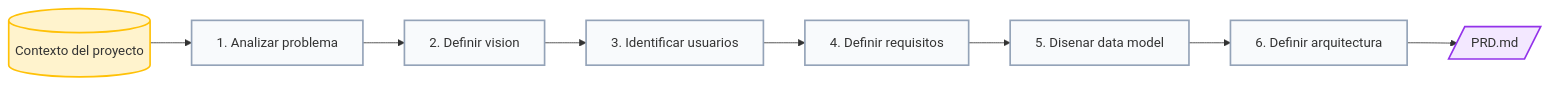
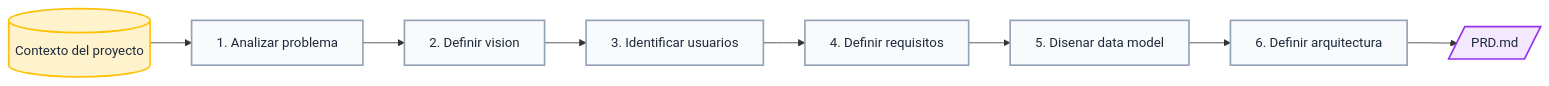
One commit to syntaxiscorp/syntaxis-ai-specs changed the fourth of 12 diagrams in Information/spec-driven-workflow.md. Above: the diagram before and after it, drawn with Mermaid. The commit also changed other lines of this file, not shown here.

````diff
--- a/Information/spec-driven-workflow.md
+++ b/Information/spec-driven-workflow.md
@@ -200,17 +200,17 @@
 ```mermaid
 flowchart LR
-    classDef input fill:#fff3cd,stroke:#ffc107,stroke-width:2px
-    classDef step fill:#f8fafc,stroke:#94a3b8,stroke-width:2px
-    classDef output fill:#f3e8ff,stroke:#9333ea,stroke-width:2px
+    classDef input fill:#fff3cd,stroke:#ffc107,stroke-width:2px,color:#1e293b
+    classDef step fill:#f8fafc,stroke:#94a3b8,stroke-width:2px,color:#1e293b
+    classDef output fill:#f3e8ff,stroke:#9333ea,stroke-width:2px,color:#1e293b
 
     IN[("Contexto del proyecto")]:::input
     A[1. Analizar problema]:::step
     B[2. Definir vision]:::step
     C[3. Identificar usuarios]:::step
     D[4. Definir requisitos]:::step
     E[5. Disenar data model]:::step
     F[6. Definir arquitectura]:::step
     OUT[/PRD.md/]:::output
 
     IN --> A --> B --> C --> D --> E --> F --> OUT
 ```
````
